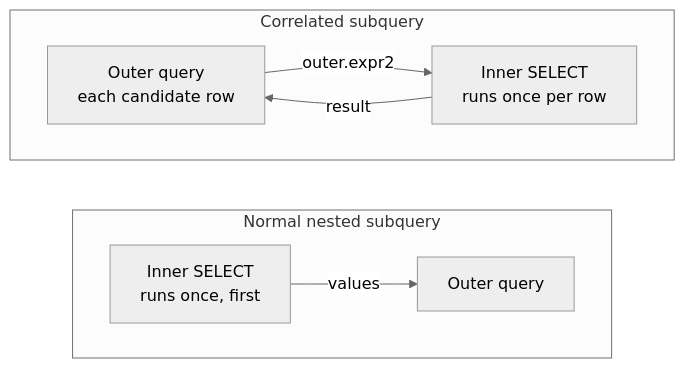
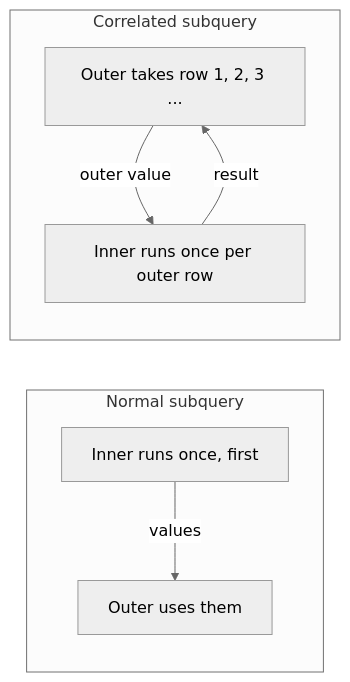
The eighth of 9 diagrams in dbms/09-sql.md (aaryan-pradhan/core-cs-fundamentals), drawn with Mermaid (neutral theme) before and after one commit. The commit also changed other lines of this file, not shown here.

````diff
--- a/dbms/09-sql.md
+++ b/dbms/09-sql.md
@@ -419,12 +297,10 @@
-    ```mermaid
-    flowchart LR
-      subgraph N["Normal nested subquery"]
-        direction LR
-        I1["Inner SELECT<br/>runs once, first"] -- "values" --> O1["Outer query"]
-      end
-      subgraph C["Correlated subquery"]
-        direction LR
-        O2["Outer query<br/>each candidate row"] -- "outer.expr2" --> I2["Inner SELECT<br/>runs once per row"]
-        I2 -- "result" --> O2
-      end
-    ```
+```mermaid
+flowchart LR
+  subgraph N["Normal subquery"]
+    I1["Inner runs once, first"] -->|"values"| O1["Outer uses them"]
+  end
+  subgraph C["Correlated subquery"]
+    O2["Outer takes row 1, 2, 3 ..."] -->|"outer value"| I2["Inner runs once per outer row"]
+    I2 -->|"result"| O2
+  end
+```
````
